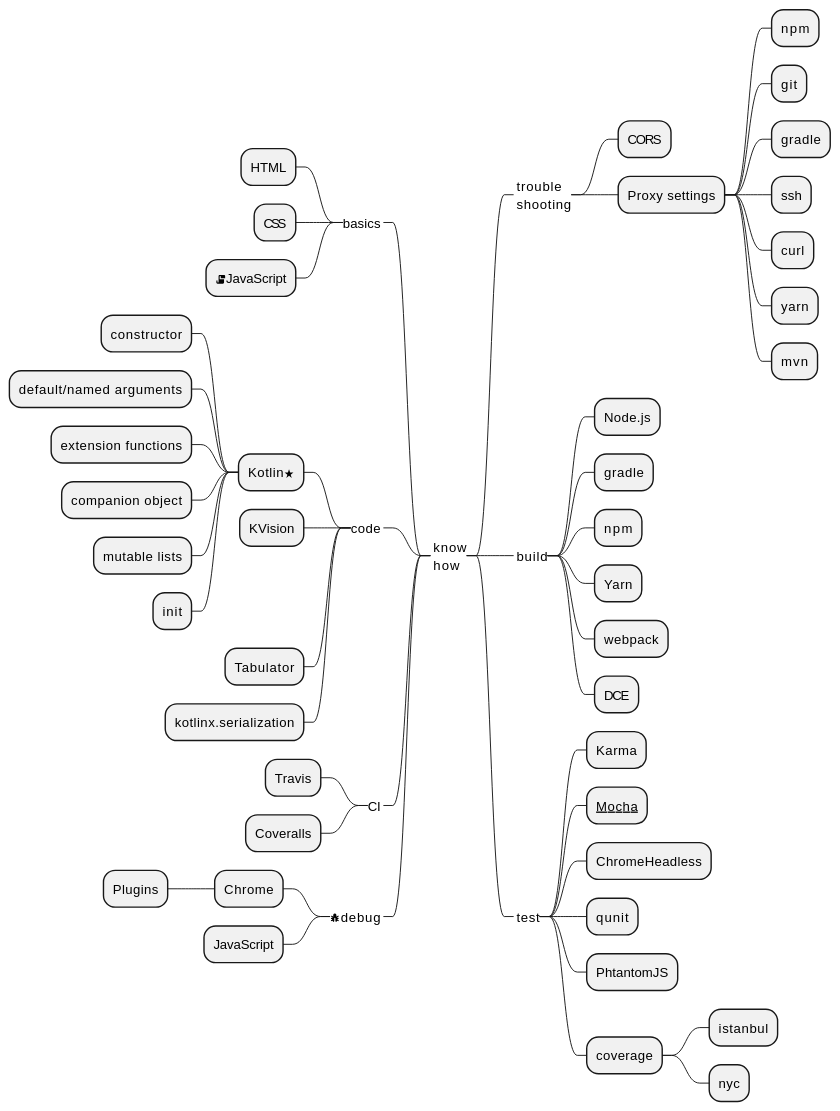
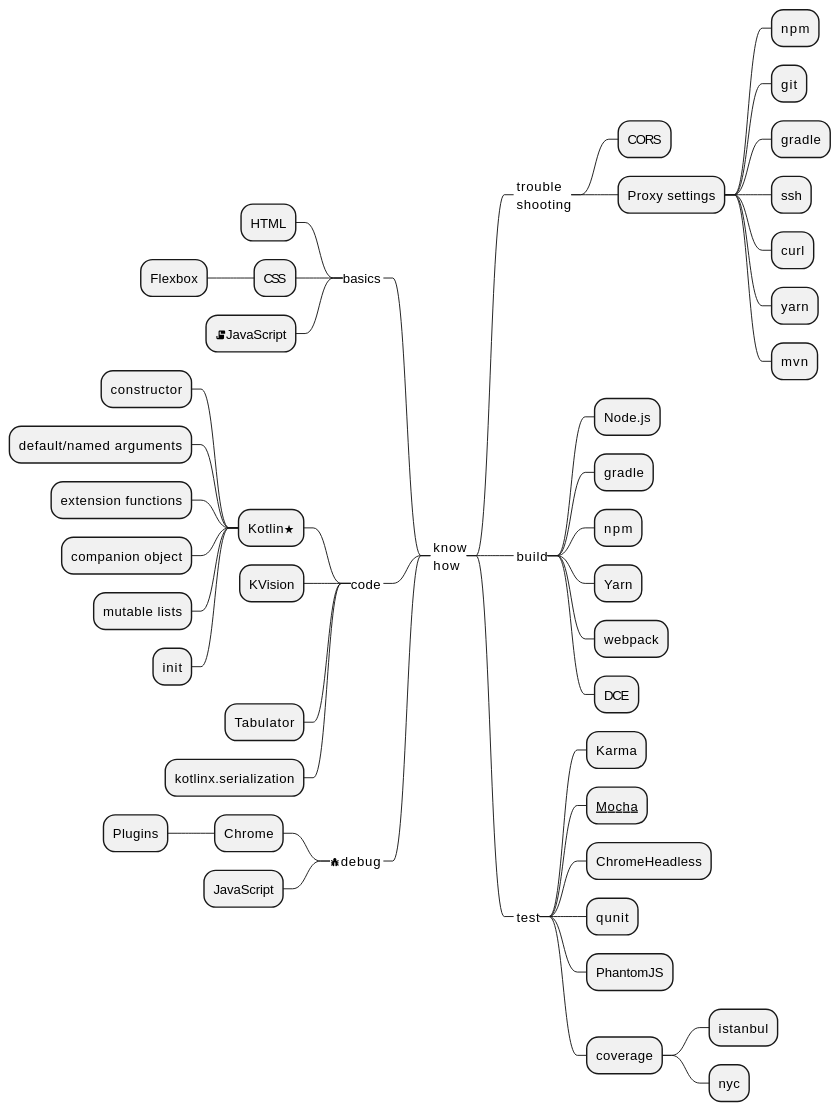
Before and after one commit to apache/causeway: the diagram in incubator/clients/kroviz/adoc/modules/kroviz/partials/design/dev-mindmap.adoc, drawn with PlantUML. The commit also changed 1 other file, not shown here.

Commit message:
ISIS-2505 documentation update

```diff
--- a/incubator/clients/kroviz/adoc/modules/kroviz/partials/design/dev-mindmap.adoc
+++ b/incubator/clients/kroviz/adoc/modules/kroviz/partials/design/dev-mindmap.adoc
@@ -5,57 +5,55 @@
 [plantuml]
 ----
 @startmindmap
 +_ know\nhow
 --_ basics
 --- HTML
 --- CSS
+---- Flexbox
 --- <&script>JavaScript
 --_ code
 --- Kotlin<&star>
 ---- constructor
 ---- default/named arguments
 ---- extension functions
 ---- companion object
 ---- mutable lists
 ---- init
 --- KVision
 --- Tabulator
 --- kotlinx.serialization
 ++_ trouble\nshooting
 +++ <&exclamation>CORS
 +++ <&exclamation>Proxy settings
 ++++ npm
 ++++ git
 ++++ gradle
 ++++ ssh
 ++++ curl
 ++++ yarn
 ++++ mvn
 ++_ build
 +++ Node.js
 +++ gradle
 +++ npm
 +++ Yarn
 +++ webpack
 +++ DCE
 
 ++_ test
 +++ Karma
 +++ ~~Mocha~~
 +++ ChromeHeadless
 +++ qunit
-+++ PhtantomJS
++++ PhantomJS
 +++ coverage
 ++++ istanbul
 ++++ nyc
---_ CI
---- Travis
---- Coveralls
 --_ <&bug>debug
 --- Chrome
 ---- Plugins
 --- JavaScript
 @endmindmap
 ~~--
 
 ----
```
